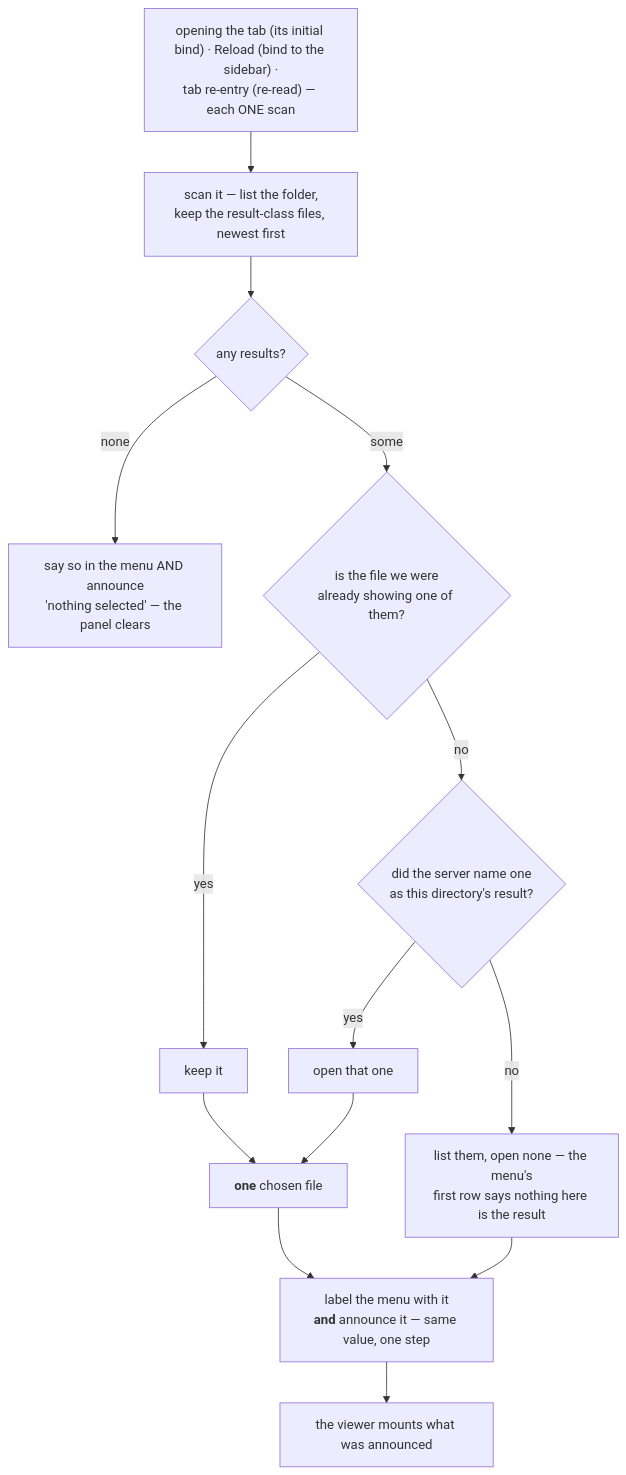
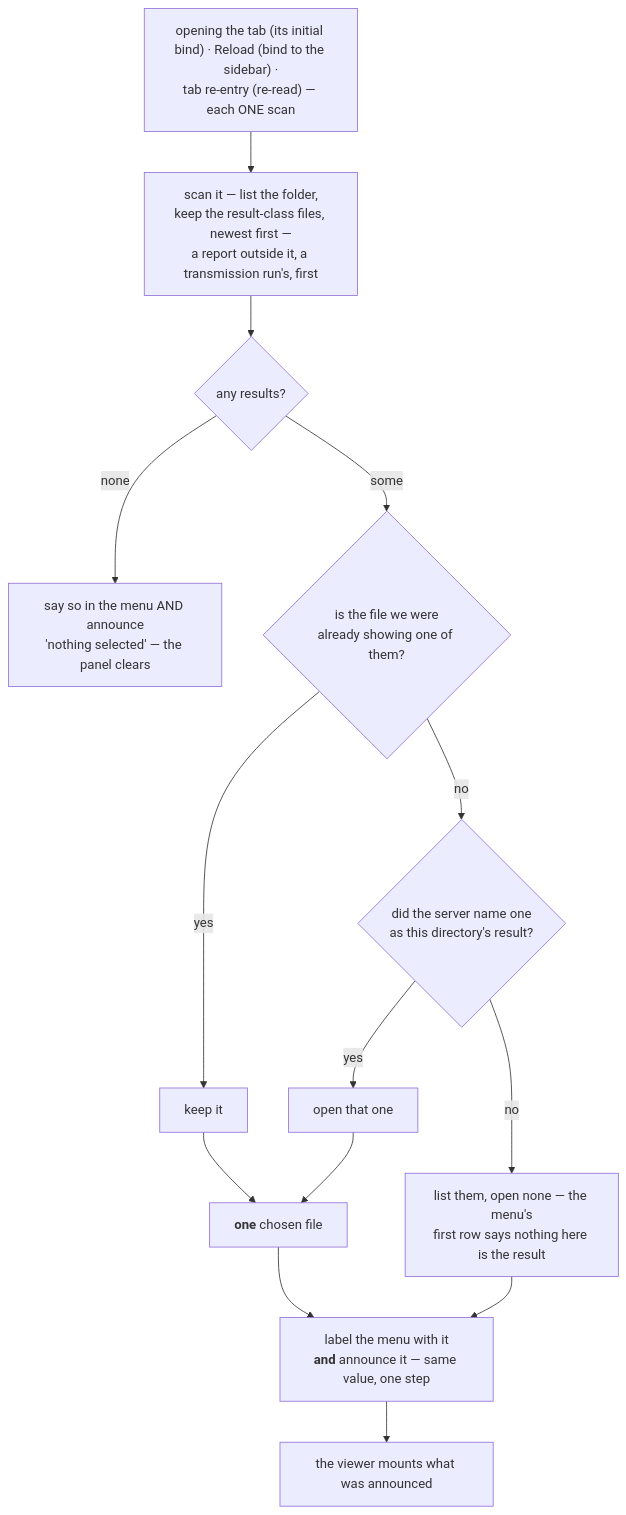
The third of 4 diagrams in docs/web/results.md (Qing-LAB/molbuilder), drawn with Mermaid before and after one commit. The commit also changed other lines of this file and 77 other files, not shown here.

````diff
--- a/docs/web/results.md
+++ b/docs/web/results.md
@@ -220,16 +229,16 @@
 ```mermaid
 flowchart TD
-  T["opening the tab (its initial bind) · Reload (bind to the sidebar) ·<br/>tab re-entry (re-read) — each ONE scan"] --> S["scan it — list the folder,<br/>keep the result-class files, newest first"]
+  T["opening the tab (its initial bind) · Reload (bind to the sidebar) ·<br/>tab re-entry (re-read) — each ONE scan"] --> S["scan it — list the folder,<br/>keep the result-class files, newest first —<br/>a report outside it, a transmission run's, first"]
   S --> E{"any results?"}
   E -->|"none"| N["say so in the menu AND announce<br/>'nothing selected' — the panel clears"]
   E -->|"some"| K{"is the file we were<br/>already showing one of them?"}
   K -->|"yes"| KEEP["keep it"]
   K -->|"no"| D{"did the server name one<br/>as this directory's result?"}
   D -->|"yes"| NEW["open that one"]
   D -->|"no"| NONE["list them, open none — the menu's<br/>first row says nothing here is the result"]
   NONE --> A
   KEEP --> ONE["<b>one</b> chosen file"]
   NEW --> ONE
   ONE --> A["label the menu with it<br/><b>and</b> announce it — same value, one step"]
   A --> M["the viewer mounts what was announced"]
 ```
````
